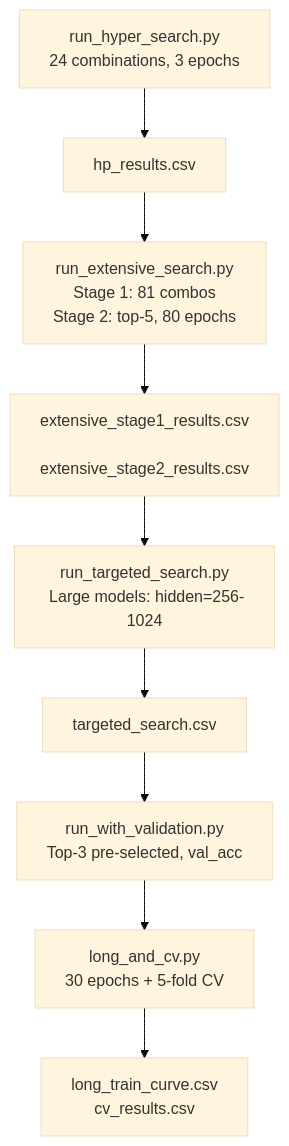
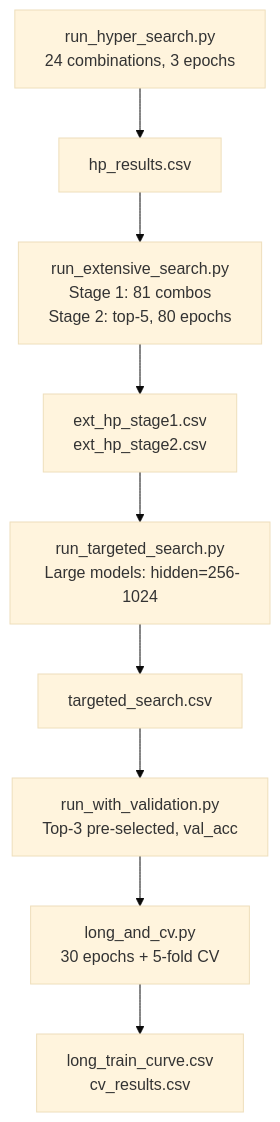
Before and after one commit to ensismoebius/doutorado: the diagram in software/nn/.wiki/Demos/snn-hyperparam-search.md, drawn with Mermaid (base theme). The commit also changed other lines of this file and 34 other files, not shown here.

````diff
--- a/software/nn/.wiki/Demos/snn-hyperparam-search.md
+++ b/software/nn/.wiki/Demos/snn-hyperparam-search.md
@@ -47,11 +63,11 @@
 ```mermaid
 flowchart TD
     A["run_hyper_search.py\n 24 combinations, 3 epochs"] --> B["hp_results.csv"]
     B --> C["run_extensive_search.py\n Stage 1: 81 combos\n Stage 2: top-5, 80 epochs"]
-    C --> D["extensive_stage1_results.csv\n extensive_stage2_results.csv"]
+    C --> D["ext_hp_stage1.csv\n ext_hp_stage2.csv"]
     D --> E["run_targeted_search.py\n Large models: hidden=256-1024"]
     E --> F["targeted_search.csv"]
     F --> G["run_with_validation.py\n Top-3 pre-selected, val_acc"]
     G --> H["long_and_cv.py\n 30 epochs + 5-fold CV"]
     H --> I["long_train_curve.csv\n cv_results.csv"]
 ```
````
